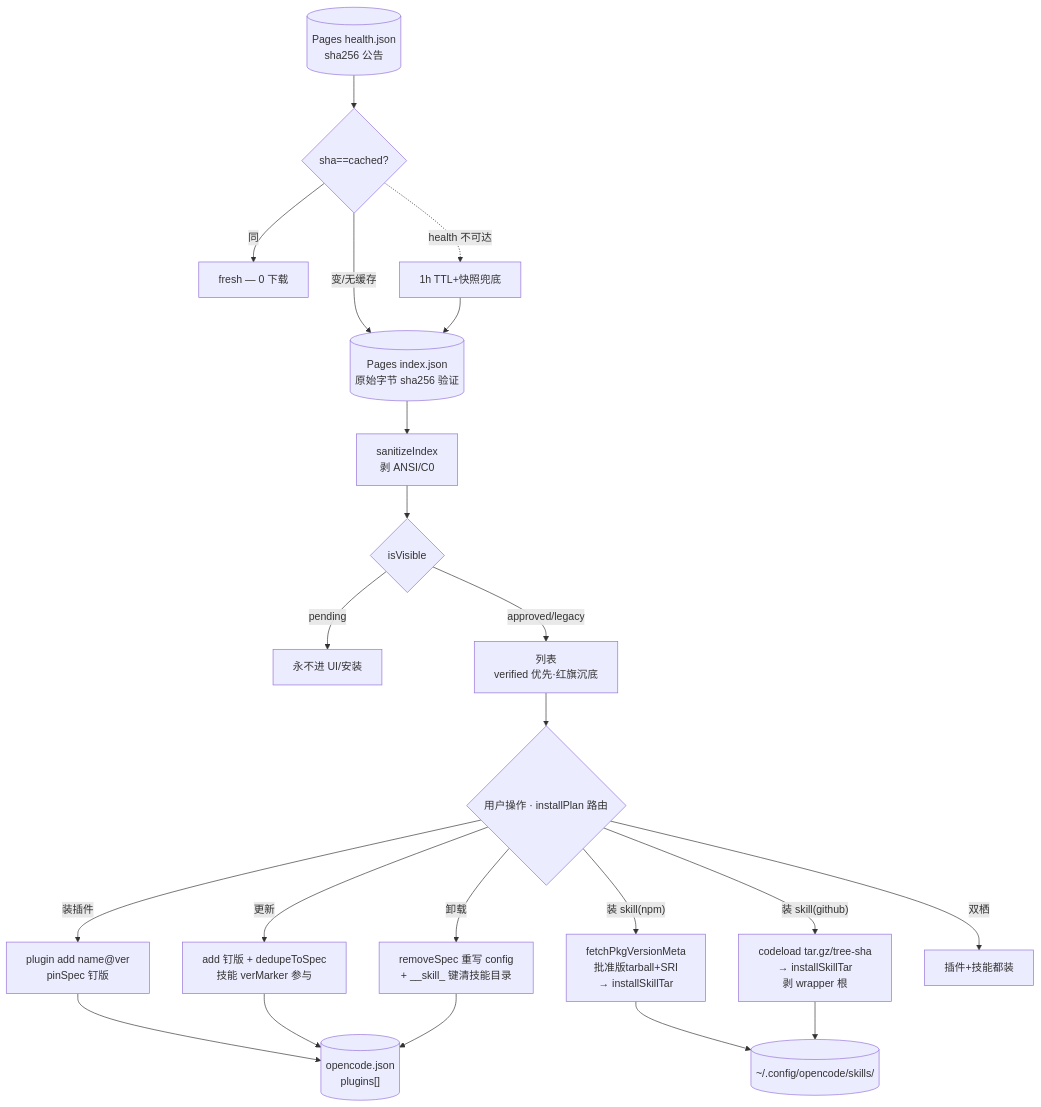
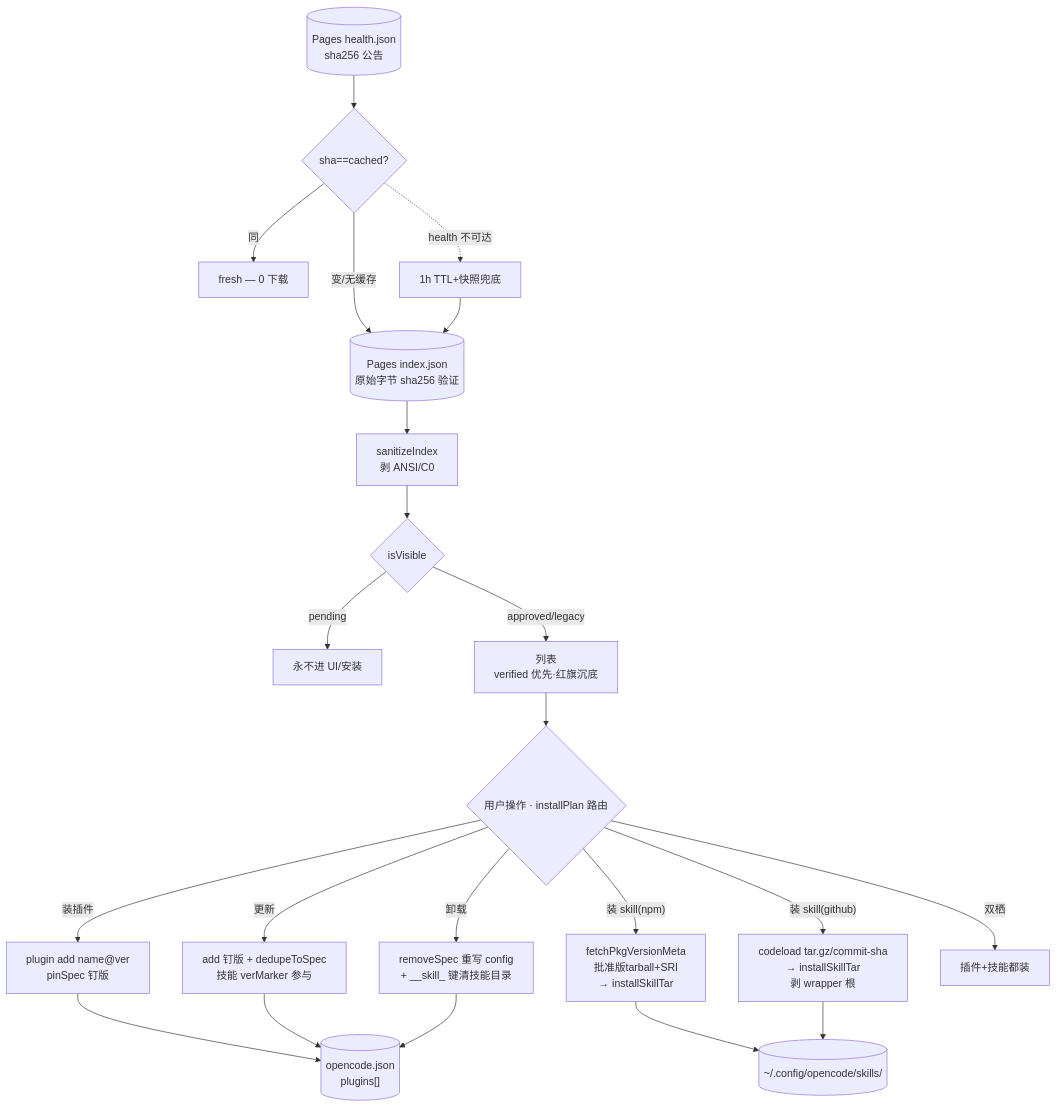
Diagram 11 of 11 in docs/DATA-FLOWS.md (awesome-market/awesome-opencode-market), drawn with Mermaid before and after one commit. The commit also changed other lines of this file and 58 other files, not shown here.

````diff
--- a/docs/DATA-FLOWS.md
+++ b/docs/DATA-FLOWS.md
@@ -891,21 +1072,21 @@
 ```mermaid
 flowchart TB
   HL[("Pages health.json<br/>sha256 公告")] --> MF{"sha==cached?"}
   MF -->|"同"| FR["fresh — 0 下载"]
   MF -->|"变/无缓存"| IDX[("Pages index.json<br/>原始字节 sha256 验证")]
   IDX --> FE["sanitizeIndex<br/>剥 ANSI/C0"]
   MF -.->|"health 不可达"| TTL["1h TTL+快照兜底"]
   TTL --> IDX
   FE --> VI{"isVisible"}
   VI -->|"pending"| NO["永不进 UI/安装"]
   VI -->|"approved/legacy"| UI["列表<br/>verified 优先·红旗沉底"]
   UI --> AC{"用户操作 · installPlan 路由"}
   AC -->|"装插件"| PI["plugin add name@ver<br/>pinSpec 钉版"]
   AC -->|"更新"| UP["add 钉版 + dedupeToSpec<br/>技能 verMarker 参与"]
   AC -->|"卸载"| UN["removeSpec 重写 config<br/>+ __skill_ 键清技能目录"]
   AC -->|"装 skill(npm)"| SI["fetchPkgVersionMeta<br/>批准版tarball+SRI<br/>→ installSkillTar"]
-  AC -->|"装 skill(github)"| SG["codeload tar.gz/tree-sha<br/>→ installSkillTar<br/>剥 wrapper 根"]
+  AC -->|"装 skill(github)"| SG["codeload tar.gz/commit-sha<br/>→ installSkillTar<br/>剥 wrapper 根"]
   AC -->|"双栖"| BOTH["插件+技能都装"]
   PI & UP & UN --> CFG[("opencode.json<br/>plugins[]")]
   SI & SG --> SKD[("~/.config/opencode/skills/")]
 ```
````
